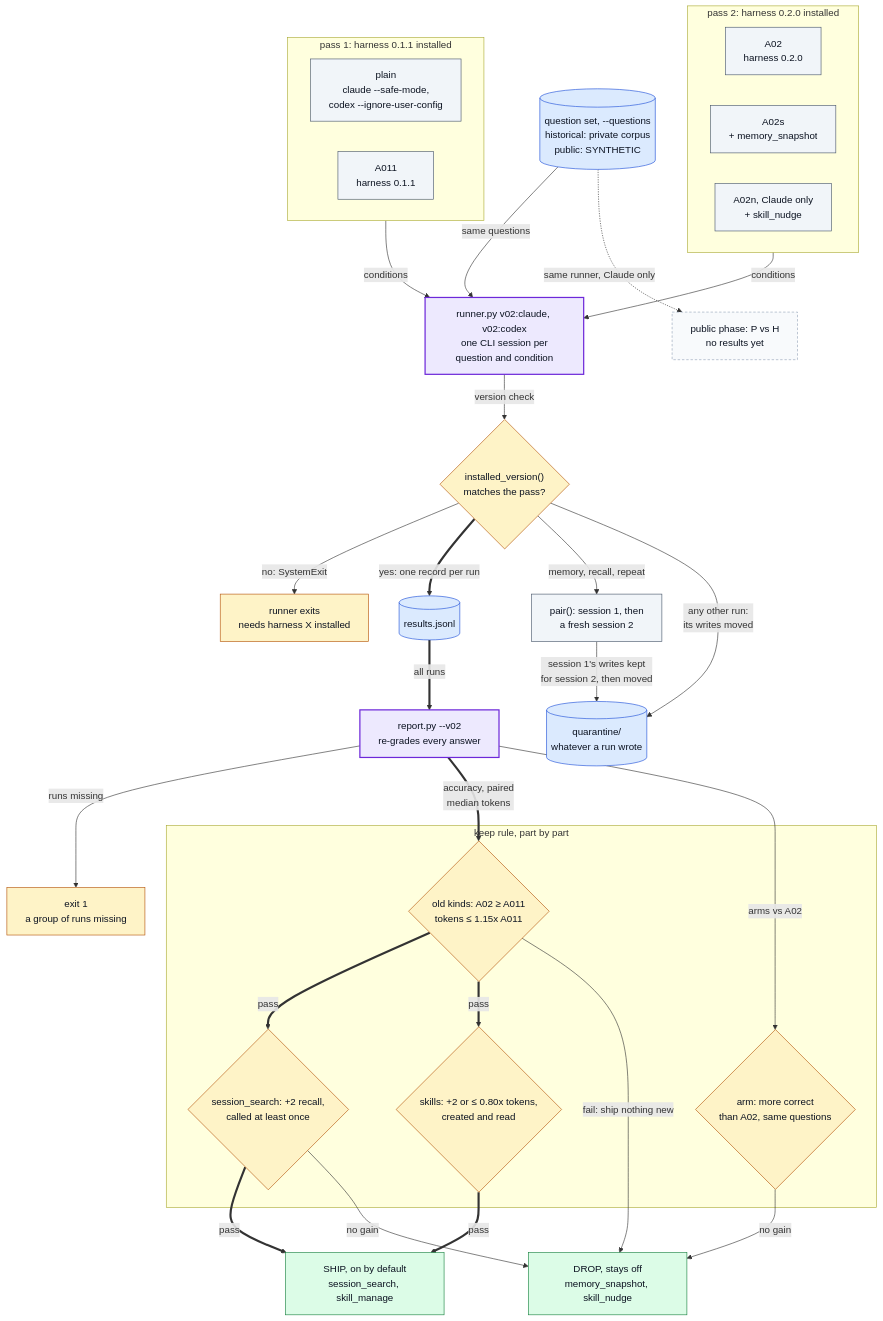
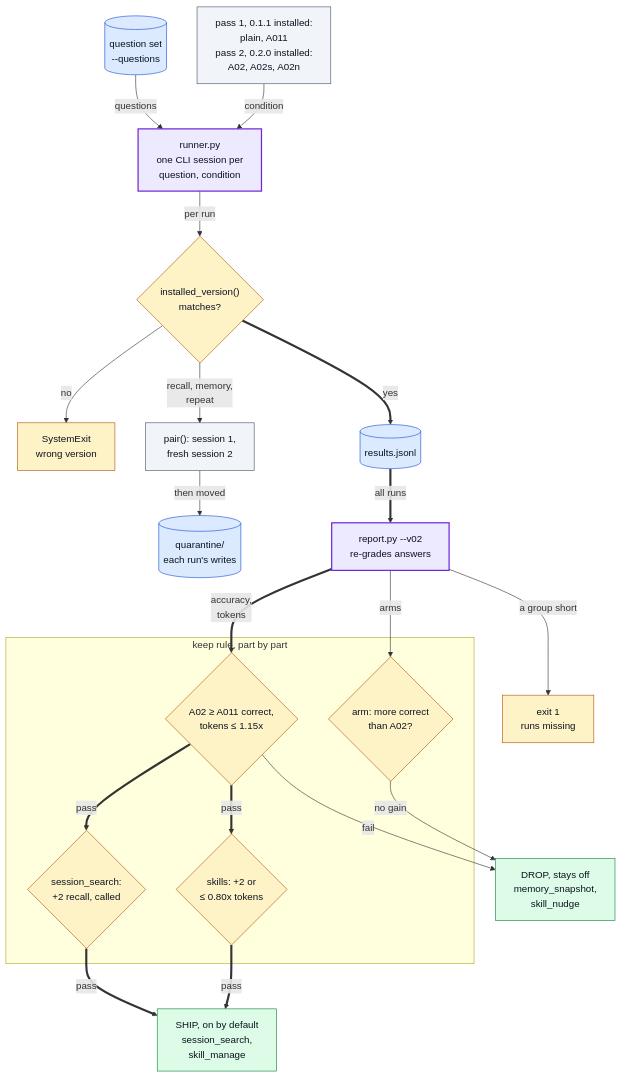
Before and after one commit to hihihhi/agent-harness: the third of 3 diagrams in README.md, drawn with Mermaid. The commit also changed other lines of this file and 1 other file, not shown here.

First line of the commit message:
docs: narrow the diagrams to GitHub's README column

````diff
--- a/README.md
+++ b/README.md
@@ -258,65 +232,50 @@
 ```mermaid
 flowchart TB
-    QS[("question set, --questions<br/>historical: private corpus<br/>public: SYNTHETIC")]
-    subgraph P1["pass 1: harness 0.1.1 installed"]
-        PL["plain<br/>claude --safe-mode,<br/>codex --ignore-user-config"]
-        A011["A011<br/>harness 0.1.1"]
+    QS[("question set<br/>--questions")]
+    COND["pass 1, 0.1.1 installed:<br/>plain, A011<br/>pass 2, 0.2.0 installed:<br/>A02, A02s, A02n"]
+    RUN["runner.py<br/>one CLI session per<br/>question, condition"]
+    VER{"installed_version()<br/>matches?"}
+    STOP["SystemExit<br/>wrong version"]
+    PAIR["pair(): session 1,<br/>fresh session 2"]
+    QUAR[("quarantine/<br/>each run's writes")]
+    RES[("results.jsonl")]
+    REP["report.py --v02<br/>re-grades answers"]
+    MISS["exit 1<br/>runs missing"]
+    subgraph KEEP["keep rule, part by part"]
+        K1{"A02 ≥ A011 correct,<br/>tokens ≤ 1.15x"}
+        K2{"session_search:<br/>+2 recall, called"}
+        K2b{"skills: +2 or<br/>≤ 0.80x tokens"}
+        K3{"arm: more correct<br/>than A02?"}
     end
-    subgraph P2["pass 2: harness 0.2.0 installed"]
-        A02["A02<br/>harness 0.2.0"]
-        A02s["A02s<br/>+ memory_snapshot"]
-        A02n["A02n, Claude only<br/>+ skill_nudge"]
-    end
-    RUN["runner.py v02:claude, v02:codex<br/>one CLI session per<br/>question and condition"]
-    VER{"installed_version()<br/>matches the pass?"}
-    PAIR["pair(): session 1, then<br/>a fresh session 2"]
-    QUAR[("quarantine/<br/>whatever a run wrote")]
-    RES[("results.jsonl")]
-    REP["report.py --v02<br/>re-grades every answer"]
-    subgraph KEEP["keep rule, part by part"]
-        K1{"old kinds: A02 ≥ A011<br/>tokens ≤ 1.15x A011"}
-        K2{"session_search: +2 recall,<br/>called at least once"}
-        K2b{"skills: +2 or ≤ 0.80x tokens,<br/>created and read"}
-        K3{"arm: more correct<br/>than A02, same questions"}
-    end
-    SHIP["SHIP, on by default<br/>session_search, skill_manage"]
-    DROP["DROP, stays off<br/>memory_snapshot, skill_nudge"]
-    STOP["runner exits<br/>needs harness X installed"]
-    MISS["exit 1<br/>a group of runs missing"]
-    PUB["public phase: P vs H<br/>no results yet"]
+    SHIP["SHIP, on by default<br/>session_search,<br/>skill_manage"]
+    DROP["DROP, stays off<br/>memory_snapshot,<br/>skill_nudge"]
 
-    QS -- "same questions" --> RUN
-    P1 -- "conditions" --> RUN
-    P2 -- "conditions" --> RUN
-    RUN -- "version check" --> VER
-    VER -- "no: SystemExit" --> STOP
-    VER == "yes: one record per run" ==> RES
-    VER -- "memory, recall, repeat" --> PAIR
-    PAIR -- "session 1's writes kept<br/>for session 2, then moved" --> QUAR
-    VER -- "any other run:<br/>its writes moved" --> QUAR
+    QS -- "questions" --> RUN
+    COND -- "condition" --> RUN
+    RUN -- "per run" --> VER
+    VER -- "no" --> STOP
+    VER == "yes" ==> RES
+    VER -- "recall, memory,<br/>repeat" --> PAIR
+    PAIR -- "then moved" --> QUAR
     RES == "all runs" ==> REP
-    REP -- "runs missing" --> MISS
-    REP == "accuracy, paired<br/>median tokens" ==> K1
+    REP -- "a group short" --> MISS
+    REP == "accuracy,<br/>tokens" ==> K1
     K1 == "pass" ==> K2
     K1 == "pass" ==> K2b
-    K1 -- "fail: ship nothing new" --> DROP
+    K1 -- "fail" --> DROP
     K2 == "pass" ==> SHIP
     K2b == "pass" ==> SHIP
-    K2 -- "no gain" --> DROP
-    REP -- "arms vs A02" --> K3
+    REP -- "arms" --> K3
     K3 -- "no gain" --> DROP
-    QS -. "same runner, Claude only" .-> PUB
 
     classDef data fill:#dbeafe,stroke:#1d4ed8,color:#0b1220
     classDef step fill:#f1f5f9,stroke:#475569,color:#0b1220
     classDef gate fill:#fef3c7,stroke:#b45309,color:#0b1220
     classDef out  fill:#dcfce7,stroke:#15803d,color:#0b1220
-    classDef ext  fill:#f8fafc,stroke:#94a3b8,color:#0b1220,stroke-dasharray:4 3
     classDef key  fill:#ede9fe,stroke:#6d28d9,color:#0b1220,stroke-width:2px
     class QS,QUAR,RES data
-    class PL,A011,A02,A02s,A02n,PAIR step
+    class COND,PAIR step
     class RUN,REP key
     class VER,K1,K2,K2b,K3,STOP,MISS gate
     class SHIP,DROP out
-    class PUB ext
 ```
````
